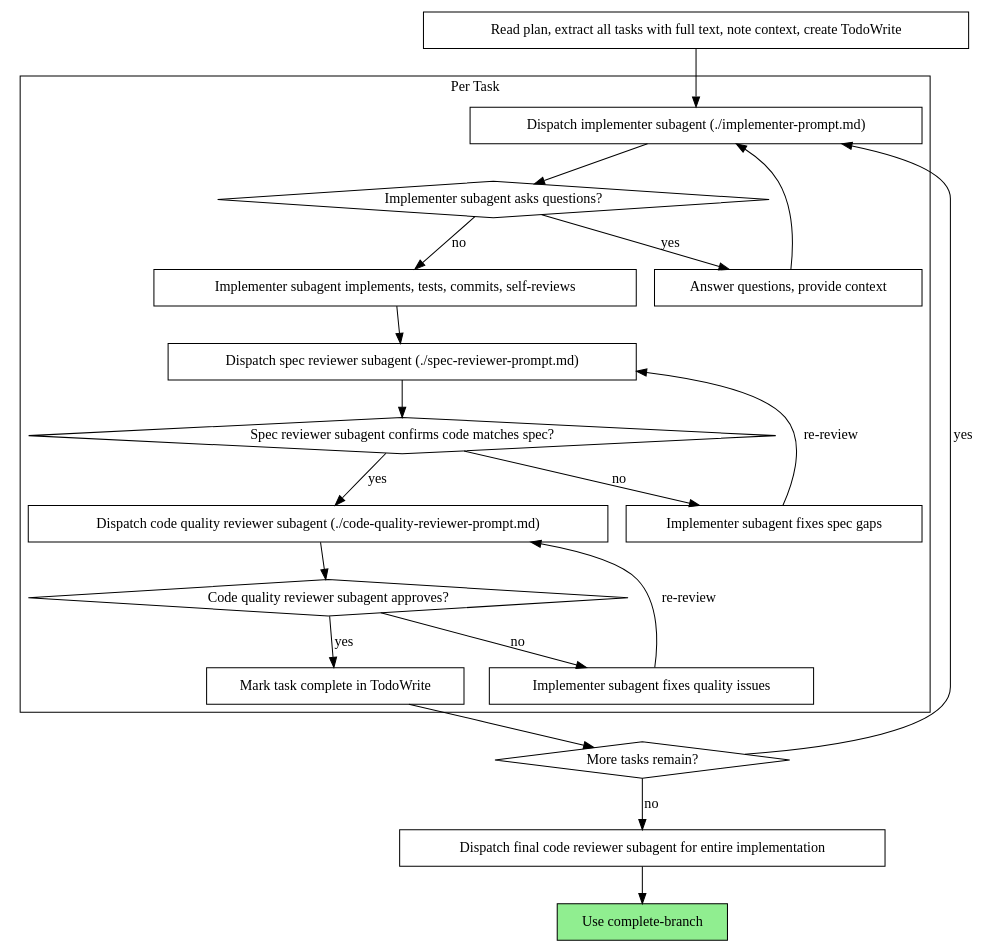
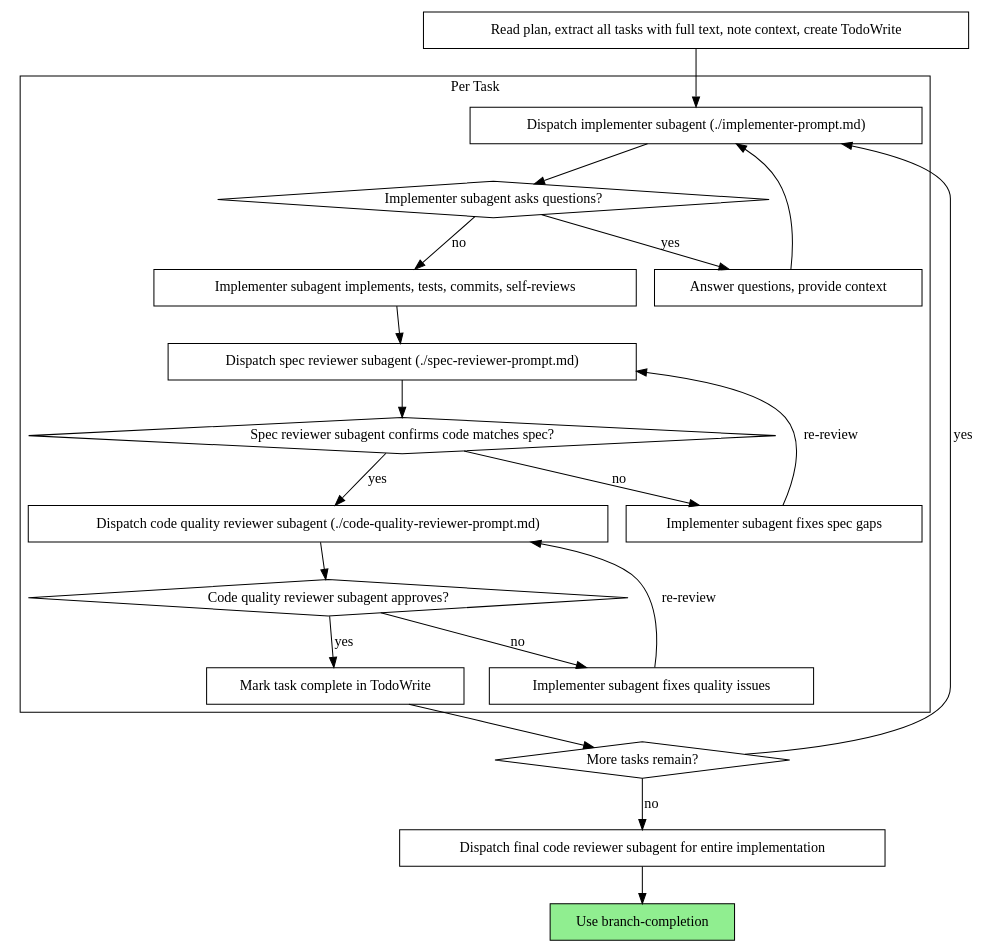
One commit to sextondjc/agentic changed the second of 2 diagrams in .github/skills/task-execution/SKILL.md. Above: the diagram before and after it, drawn with Graphviz. The commit also changed other lines of this file and 99 other files, not shown here.

````diff
--- a/.github/skills/task-execution/SKILL.md
+++ b/.github/skills/task-execution/SKILL.md
@@ -42,44 +42,44 @@
 ```dot
 digraph process {
     rankdir=TB;
 
     subgraph cluster_per_task {
         label="Per Task";
         "Dispatch implementer subagent (./implementer-prompt.md)" [shape=box];
         "Implementer subagent asks questions?" [shape=diamond];
         "Answer questions, provide context" [shape=box];
         "Implementer subagent implements, tests, commits, self-reviews" [shape=box];
         "Dispatch spec reviewer subagent (./spec-reviewer-prompt.md)" [shape=box];
         "Spec reviewer subagent confirms code matches spec?" [shape=diamond];
         "Implementer subagent fixes spec gaps" [shape=box];
         "Dispatch code quality reviewer subagent (./code-quality-reviewer-prompt.md)" [shape=box];
         "Code quality reviewer subagent approves?" [shape=diamond];
         "Implementer subagent fixes quality issues" [shape=box];
         "Mark task complete in TodoWrite" [shape=box];
     }
 
     "Read plan, extract all tasks with full text, note context, create TodoWrite" [shape=box];
     "More tasks remain?" [shape=diamond];
     "Dispatch final code reviewer subagent for entire implementation" [shape=box];
-    "Use complete-branch" [shape=box style=filled fillcolor=lightgreen];
+    "Use branch-completion" [shape=box style=filled fillcolor=lightgreen];
 
     "Read plan, extract all tasks with full text, note context, create TodoWrite" -> "Dispatch implementer subagent (./implementer-prompt.md)";
     "Dispatch implementer subagent (./implementer-prompt.md)" -> "Implementer subagent asks questions?";
     "Implementer subagent asks questions?" -> "Answer questions, provide context" [label="yes"];
     "Answer questions, provide context" -> "Dispatch implementer subagent (./implementer-prompt.md)";
     "Implementer subagent asks questions?" -> "Implementer subagent implements, tests, commits, self-reviews" [label="no"];
     "Implementer subagent implements, tests, commits, self-reviews" -> "Dispatch spec reviewer subagent (./spec-reviewer-prompt.md)";
     "Dispatch spec reviewer subagent (./spec-reviewer-prompt.md)" -> "Spec reviewer subagent confirms code matches spec?";
     "Spec reviewer subagent confirms code matches spec?" -> "Implementer subagent fixes spec gaps" [label="no"];
     "Implementer subagent fixes spec gaps" -> "Dispatch spec reviewer subagent (./spec-reviewer-prompt.md)" [label="re-review"];
     "Spec reviewer subagent confirms code matches spec?" -> "Dispatch code quality reviewer subagent (./code-quality-reviewer-prompt.md)" [label="yes"];
     "Dispatch code quality reviewer subagent (./code-quality-reviewer-prompt.md)" -> "Code quality reviewer subagent approves?";
     "Code quality reviewer subagent approves?" -> "Implementer subagent fixes quality issues" [label="no"];
     "Implementer subagent fixes quality issues" -> "Dispatch code quality reviewer subagent (./code-quality-reviewer-prompt.md)" [label="re-review"];
     "Code quality reviewer subagent approves?" -> "Mark task complete in TodoWrite" [label="yes"];
     "Mark task complete in TodoWrite" -> "More tasks remain?";
     "More tasks remain?" -> "Dispatch implementer subagent (./implementer-prompt.md)" [label="yes"];
     "More tasks remain?" -> "Dispatch final code reviewer subagent for entire implementation" [label="no"];
-    "Dispatch final code reviewer subagent for entire implementation" -> "Use complete-branch";
+    "Dispatch final code reviewer subagent for entire implementation" -> "Use branch-completion";
 }
 ```
````
